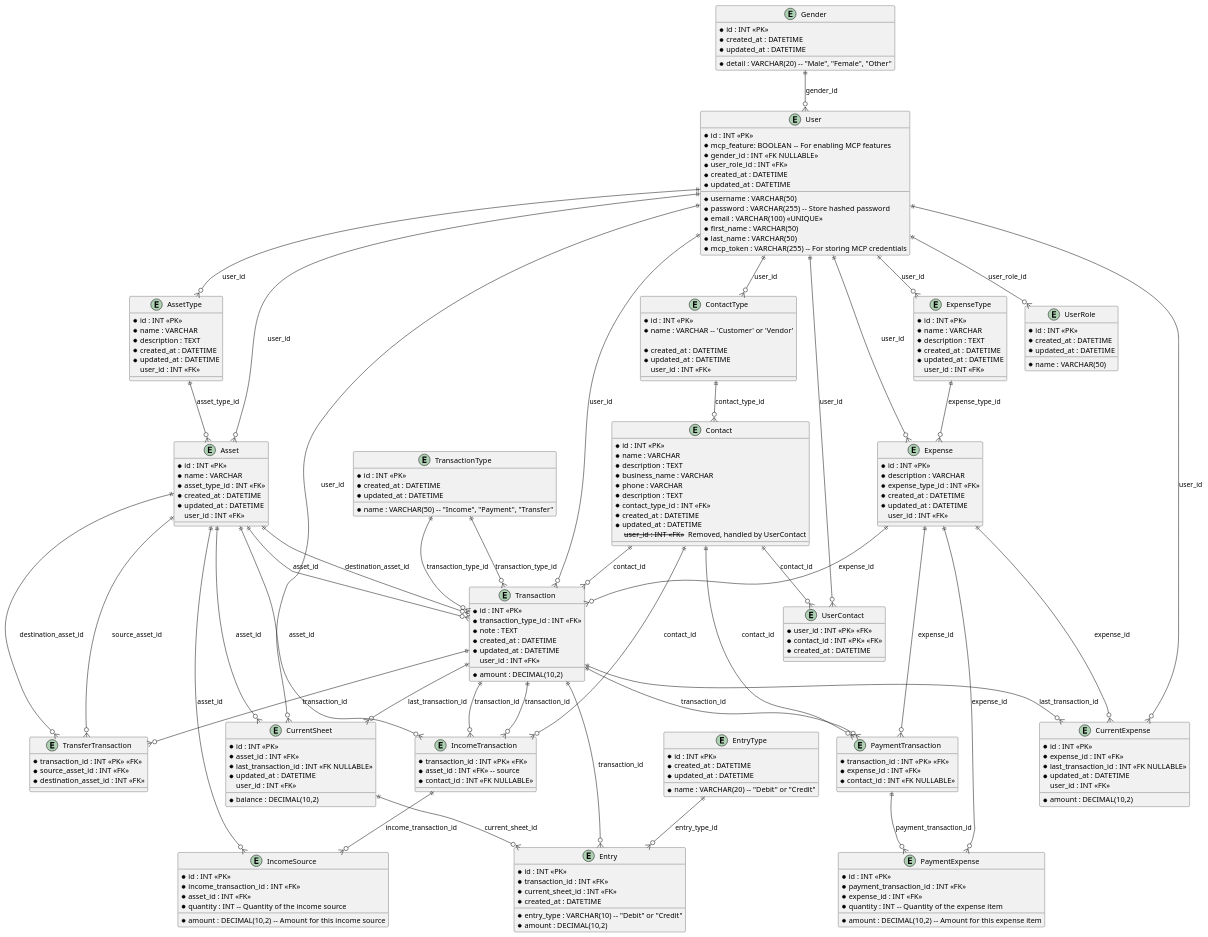
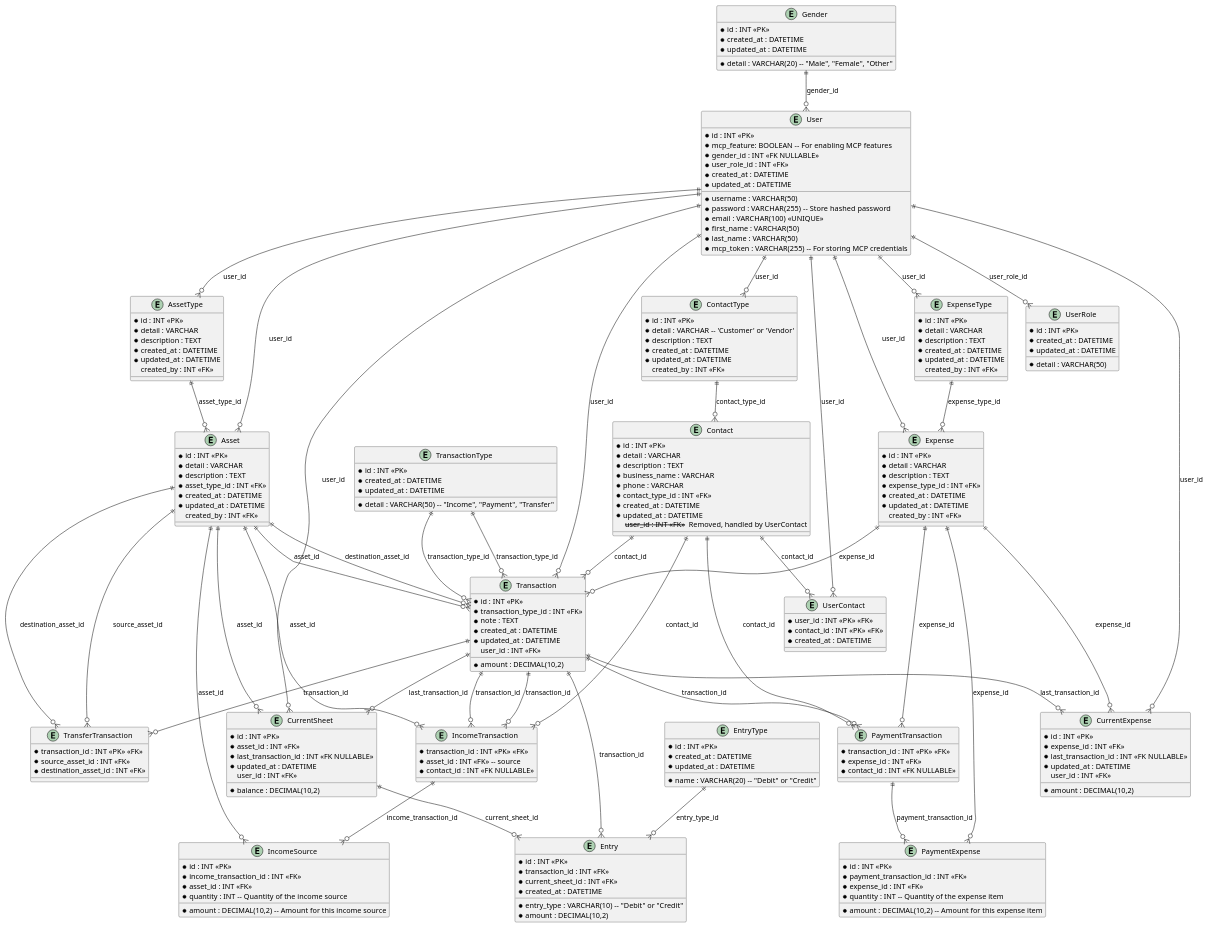
Before and after one commit to otterdev0341/flux-light-house: the diagram in docs/er_diagram.plantuml, drawn with PlantUML. The commit also changed 29 other files, not shown here.

```diff
--- a/docs/er_diagram.plantuml
+++ b/docs/er_diagram.plantuml
@@ -3,61 +3,62 @@
 ' Done
 entity AssetType {
   *id : INT <<PK>>
-  *name : VARCHAR
+  *detail : VARCHAR
   *description : TEXT
   *created_at : DATETIME
   *updated_at : DATETIME
-  user_id : INT <<FK>>
+  created_by : INT <<FK>>
 }
 
 ' Done
 entity Asset {
   *id : INT <<PK>>
-  *name : VARCHAR
+  *detail : VARCHAR
+  *description : TEXT
   *asset_type_id : INT <<FK>>
   *created_at : DATETIME
   *updated_at : DATETIME
-  user_id : INT <<FK>>
+  created_by : INT <<FK>>
 }
 
 ' Done
 entity ExpenseType {
   *id : INT <<PK>>
-  *name : VARCHAR
+  *detail : VARCHAR
   *description : TEXT
   *created_at : DATETIME
   *updated_at : DATETIME
-  user_id : INT <<FK>>
+  created_by : INT <<FK>>
 }
 
 ' Done
 entity Expense {
   *id : INT <<PK>>
-  *description : VARCHAR
+  *detail : VARCHAR
+  *description : TEXT
   *expense_type_id : INT <<FK>>
   *created_at : DATETIME
   *updated_at : DATETIME
-  user_id : INT <<FK>>
+  created_by : INT <<FK>>
 }
 
 ' Done
 entity ContactType {
   *id : INT <<PK>>
-  *name : VARCHAR -- 'Customer' or 'Vendor'
-  
+  *detail : VARCHAR -- 'Customer' or 'Vendor'
+  *description : TEXT
   *created_at : DATETIME
   *updated_at : DATETIME
-  user_id : INT <<FK>>
+  created_by : INT <<FK>>
 }
 
 ' Done
 entity Contact {
   *id : INT <<PK>>
-  *name : VARCHAR
+  *detail : VARCHAR
   *description : TEXT
   *business_name : VARCHAR
   *phone : VARCHAR
-  *description : TEXT
   *contact_type_id : INT <<FK>>
   *created_at : DATETIME
   *updated_at : DATETIME
@@ -66,7 +67,7 @@
 
 entity TransactionType {
   *id : INT <<PK>>
-  *name : VARCHAR(50) -- "Income", "Payment", "Transfer"
+  *detail : VARCHAR(50) -- "Income", "Payment", "Transfer"
   *created_at : DATETIME
   *updated_at : DATETIME
 }
@@ -193,7 +194,7 @@
 ' Done
 entity UserRole {
   *id : INT <<PK>>
-  *name : VARCHAR(50)
+  *detail : VARCHAR(50)
   *created_at : DATETIME
   *updated_at : DATETIME
 }
```
